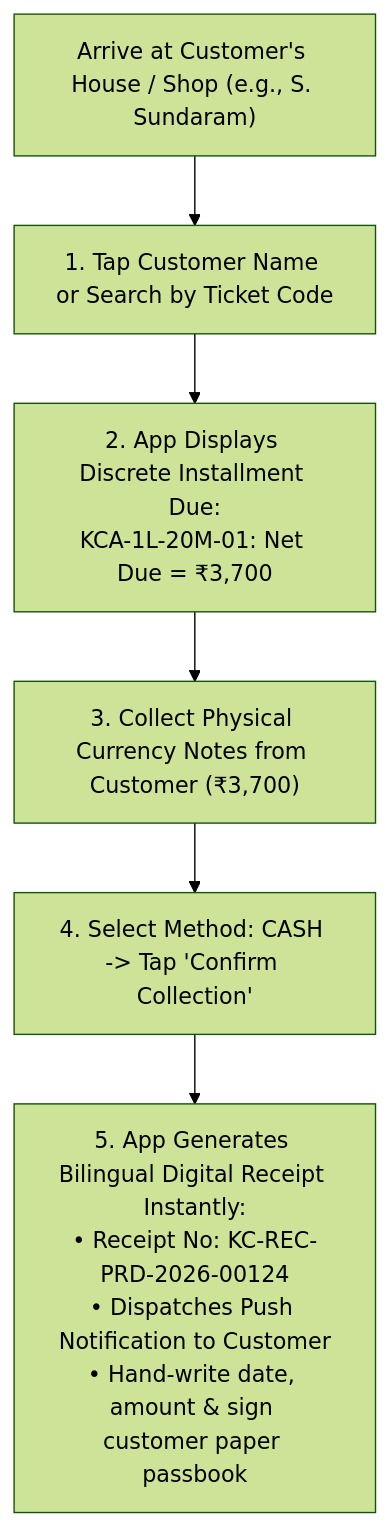
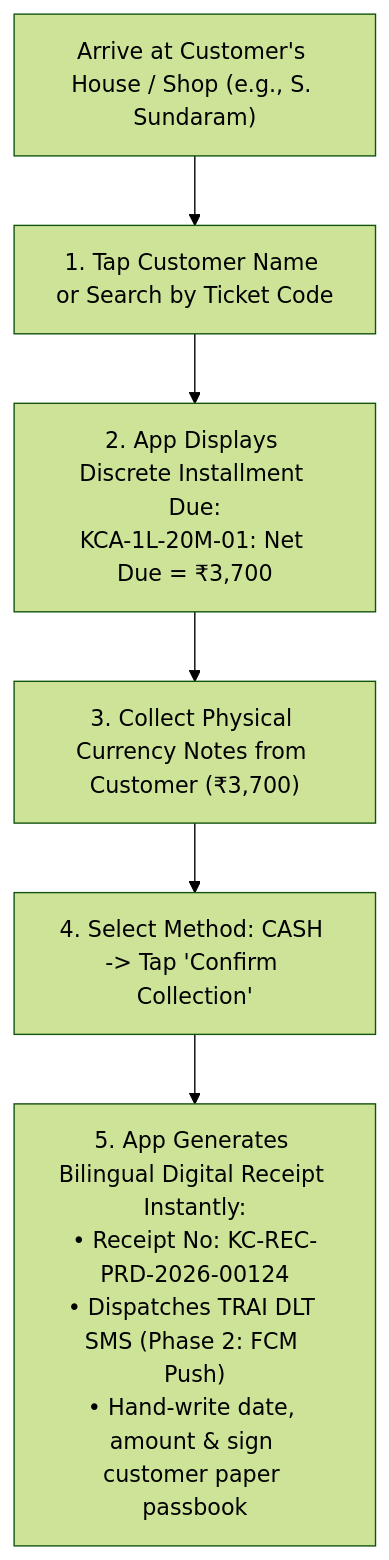
One commit to Kathir-24/Kumaran-finance changed the fourth of 9 diagrams in docs/07-operations/user-manuals/agent-mobile-manual.md. Above: the diagram before and after it, drawn with Mermaid (forest theme). The commit also changed other lines of this file and 4 other files, not shown here.

````diff
--- a/docs/07-operations/user-manuals/agent-mobile-manual.md
+++ b/docs/07-operations/user-manuals/agent-mobile-manual.md
@@ -97,8 +101,8 @@
 ```mermaid
 flowchart TD
     ArriveCust["Arrive at Customer's House / Shop (e.g., S. Sundaram)"] --> Search["1. Tap Customer Name or Search by Ticket Code"]
     Search --> CheckDue["2. App Displays Discrete Installment Due:\nKCA-1L-20M-01: Net Due = ₹3,700"]
     CheckDue --> TakeCash["3. Collect Physical Currency Notes from Customer (₹3,700)"]
     TakeCash --> Record["4. Select Method: CASH -> Tap 'Confirm Collection'"]
-    Record --> Receipt["5. App Generates Bilingual Digital Receipt Instantly:\n• Receipt No: KC-REC-PRD-2026-00124\n• Dispatches Push Notification to Customer\n• Hand-write date, amount & sign customer paper passbook"]
+    Record --> Receipt["5. App Generates Bilingual Digital Receipt Instantly:\n• Receipt No: KC-REC-PRD-2026-00124\n• Dispatches TRAI DLT SMS (Phase 2: FCM Push)\n• Hand-write date, amount & sign customer paper passbook"]
 ```
````
